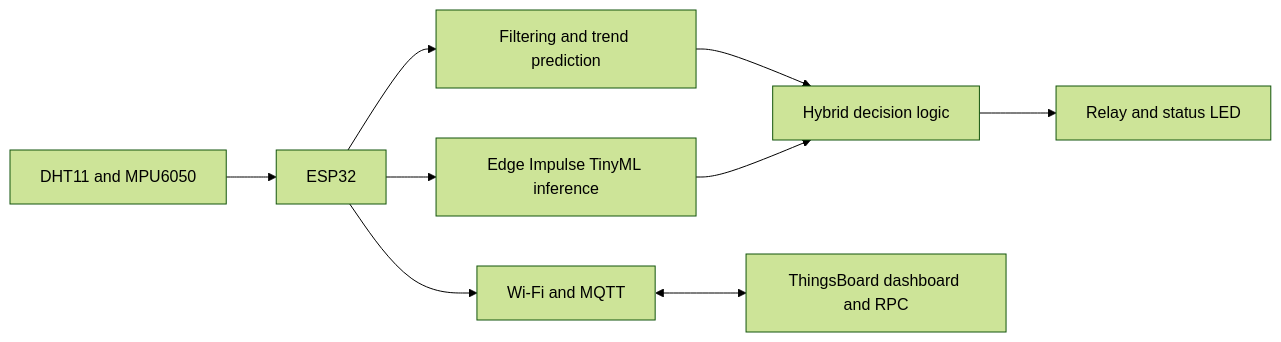
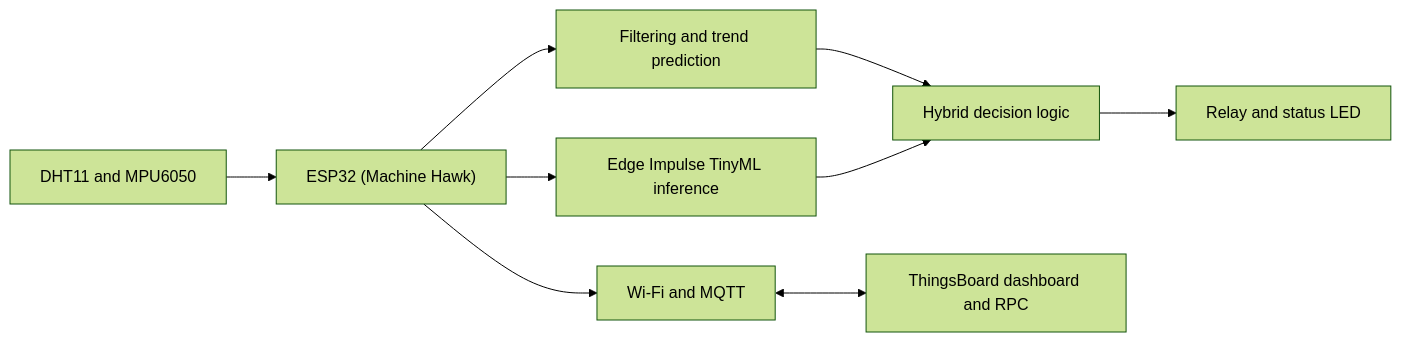
Before and after one commit to Nerdtrovert/esp32-predictive-maintenance: the diagram in README.md, drawn with Mermaid (forest theme). The commit also changed other lines of this file and 1350 other files, not shown here.

Commit message:
Rebrand to Machine Hawk, refine architecture, and clean up repository

````diff
--- a/README.md
+++ b/README.md
@@ -30,11 +30,11 @@
 ```mermaid
 flowchart LR
-    Sensors["DHT11 and MPU6050"] --> ESP32["ESP32"]
+    Sensors["DHT11 and MPU6050"] --> ESP32["ESP32 (Machine Hawk)"]
     ESP32 --> Processing["Filtering and trend prediction"]
     ESP32 --> TinyML["Edge Impulse TinyML inference"]
     Processing --> Decision["Hybrid decision logic"]
     TinyML --> Decision
     Decision --> Actuators["Relay and status LED"]
     ESP32 --> MQTT["Wi-Fi and MQTT"]
     MQTT <--> Cloud["ThingsBoard dashboard and RPC"]
 ```
````
